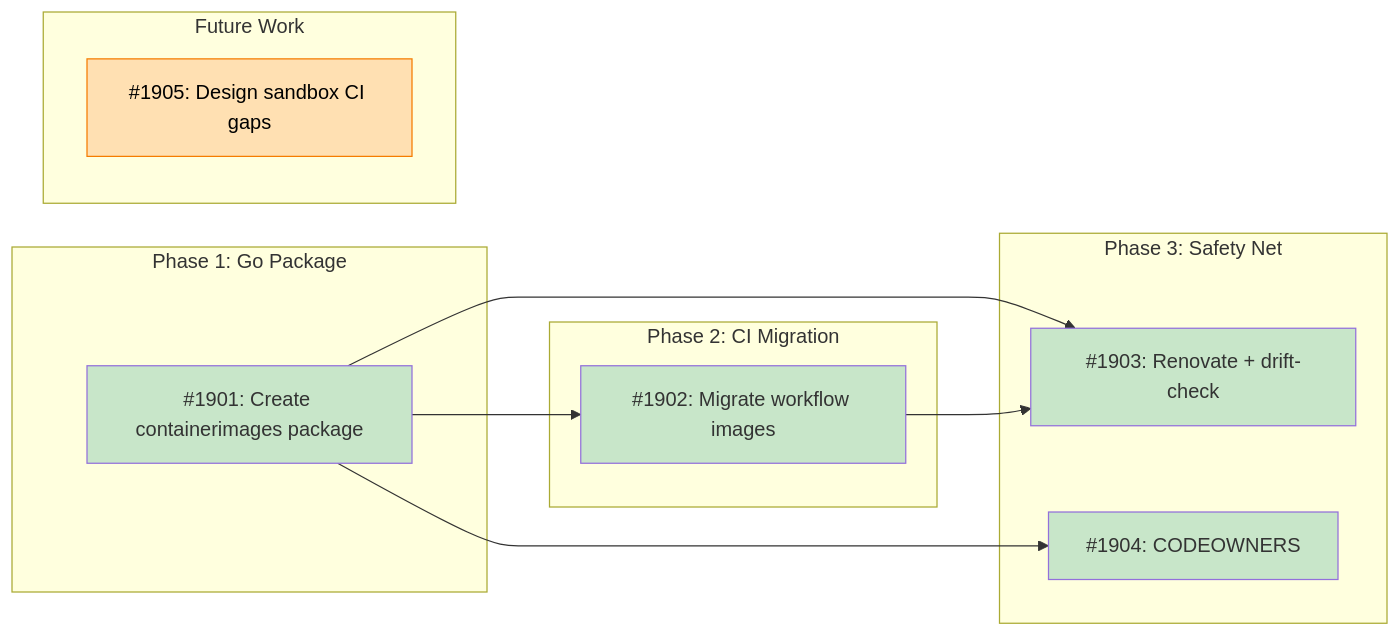
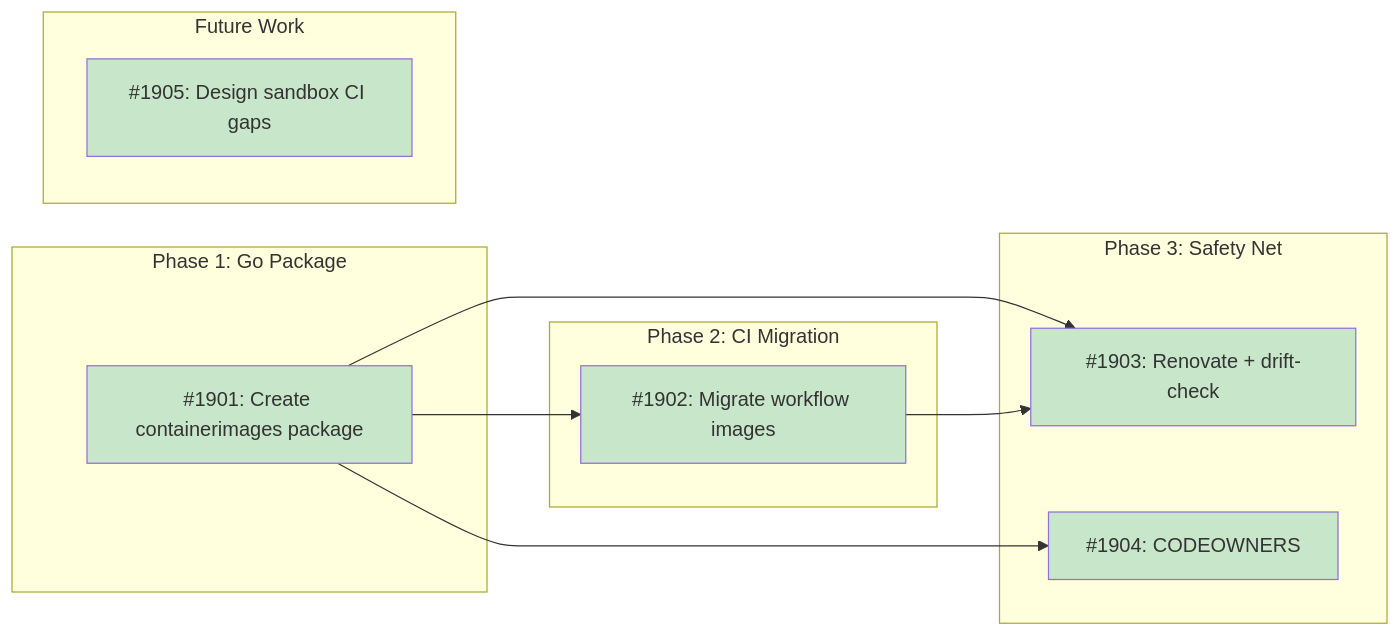
Before and after one commit to tsukumogami/tsuku: the diagram in docs/designs/DESIGN-sandbox-image-unification.md, drawn with Mermaid. The commit also changed other lines of this file, not shown here.

First line of the commit message:
fix(docs): mark #1905 as done in parent design doc

````diff
--- a/docs/designs/DESIGN-sandbox-image-unification.md
+++ b/docs/designs/DESIGN-sandbox-image-unification.md
@@ -54,36 +54,36 @@
 ```mermaid
 graph LR
     subgraph Phase1["Phase 1: Go Package"]
         I1901["#1901: Create containerimages package"]
     end
 
     subgraph Phase2["Phase 2: CI Migration"]
         I1902["#1902: Migrate workflow images"]
     end
 
     subgraph Phase3["Phase 3: Safety Net"]
         I1903["#1903: Renovate + drift-check"]
         I1904["#1904: CODEOWNERS"]
     end
 
     subgraph Future["Future Work"]
         I1905["#1905: Design sandbox CI gaps"]
     end
 
     I1901 --> I1902
     I1901 --> I1903
     I1901 --> I1904
     I1902 --> I1903
 
     classDef done fill:#c8e6c9
     classDef ready fill:#bbdefb
     classDef blocked fill:#fff9c4
     classDef needsDesign fill:#e1bee7
     classDef tracksDesign fill:#FFE0B2,stroke:#F57C00,color:#000
 
     class I1901 done
     class I1902 done
     class I1904 done
     class I1903 done
-    class I1905 tracksDesign
+    class I1905 done
 ```
````
